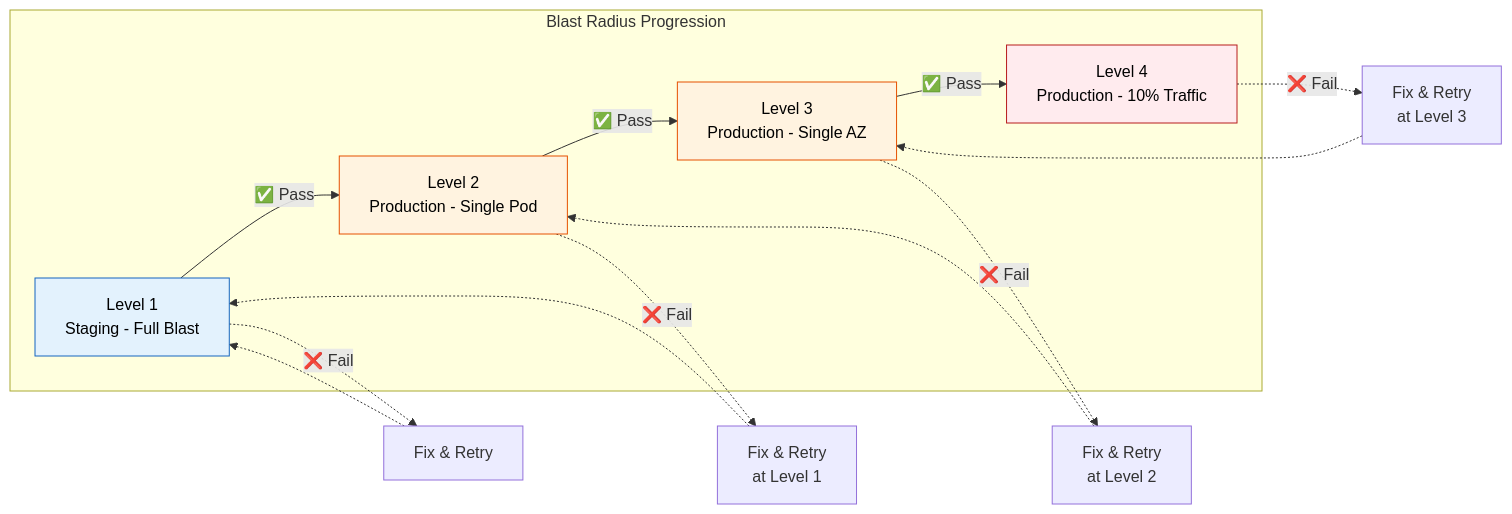
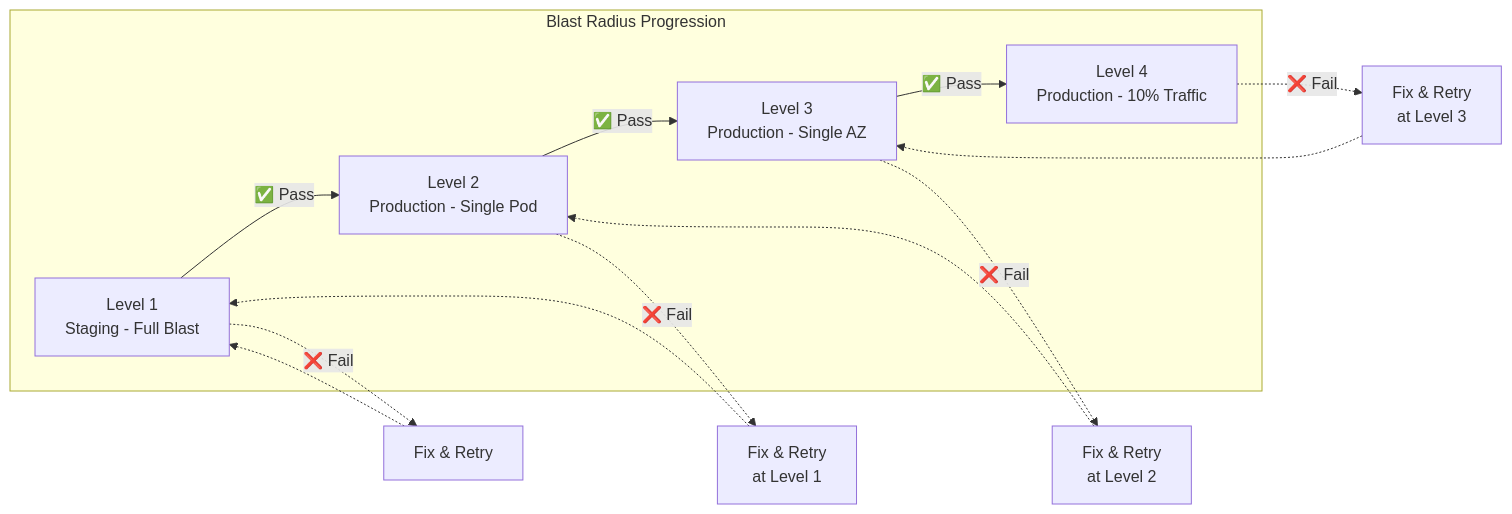
Before and after one commit to rishikeshdhokare/platform-manifesto: the fourth of 4 diagrams in 05-operational-excellence/06-chaos-engineering.md, drawn with Mermaid. The commit also changed other lines of this file and 14 other files, not shown here.

First line of the commit message:
fix: remove mermaid style directives (119 lines across 15 files)

````diff
--- a/05-operational-excellence/06-chaos-engineering.md
+++ b/05-operational-excellence/06-chaos-engineering.md
@@ -264,28 +261,24 @@
 ```mermaid
 graph LR
     subgraph "Blast Radius Progression"
         L1["Level 1\nStaging - Full Blast"]
         L2["Level 2\nProduction - Single Pod"]
         L3["Level 3\nProduction - Single AZ"]
         L4["Level 4\nProduction - 10% Traffic"]
     end
 
     L1 -->|"✅ Pass"| L2
     L2 -->|"✅ Pass"| L3
     L3 -->|"✅ Pass"| L4
 
     L1 -.->|"❌ Fail"| FIX1["Fix & Retry"]
     L2 -.->|"❌ Fail"| FIX2["Fix & Retry\nat Level 1"]
     L3 -.->|"❌ Fail"| FIX3["Fix & Retry\nat Level 2"]
     L4 -.->|"❌ Fail"| FIX4["Fix & Retry\nat Level 3"]
 
     FIX1 -.-> L1
     FIX2 -.-> L1
     FIX3 -.-> L2
     FIX4 -.-> L3
 
-    style L1 fill:#E3F2FD,stroke:#1565C0,color:#000
-    style L2 fill:#FFF3E0,stroke:#E65100,color:#000
-    style L3 fill:#FFF3E0,stroke:#E65100,color:#000
-    style L4 fill:#FFEBEE,stroke:#B71C1C,color:#000
 ```
````
